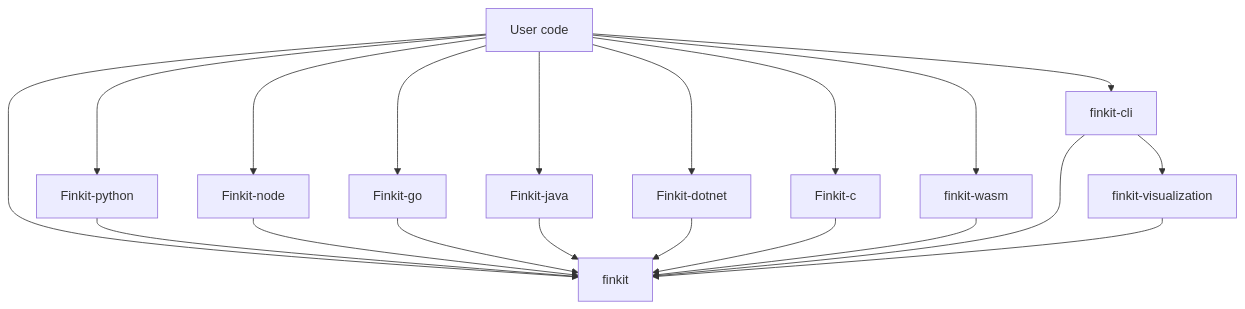
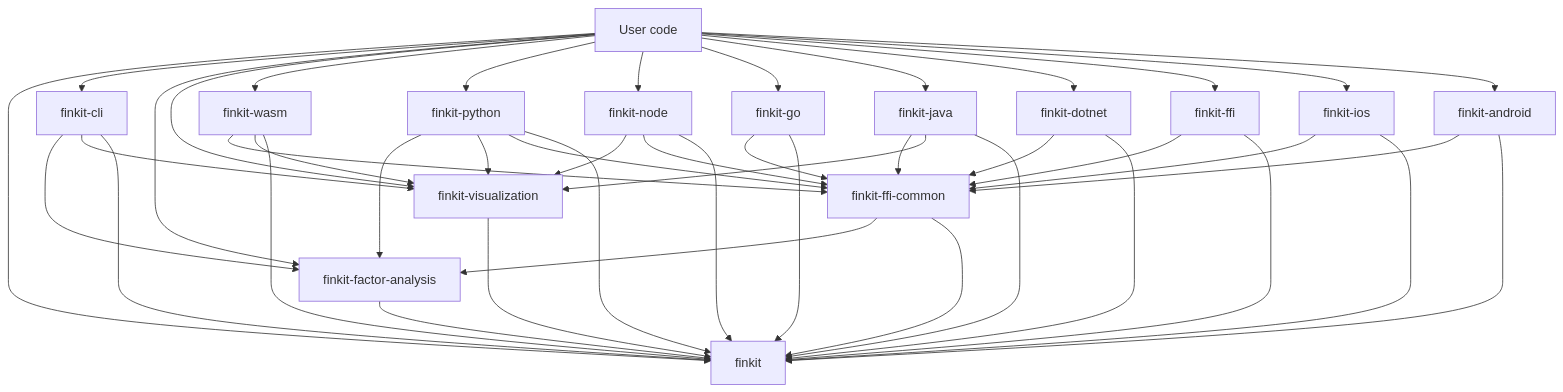
The diagram in docs/architecture/overview.md (coeasy/finkit), drawn with Mermaid before and after one commit. The commit also changed other lines of this file and 47 other files, not shown here.

````diff
--- a/docs/architecture/overview.md
+++ b/docs/architecture/overview.md
@@ -9,23 +9,47 @@
 ```mermaid
 graph TD
   user[User code] --> core[finkit]
   user --> cli[finkit-cli]
+  user --> factor[finkit-factor-analysis]
+  user --> viz[finkit-visualization]
   user --> wasm[finkit-wasm]
-  user --> py[Finkit-python]
-  user --> node[Finkit-node]
-  user --> go[Finkit-go]
-  user --> java[Finkit-java]
-  user --> dotnet[Finkit-dotnet]
-  user --> c[Finkit-c]
+  user --> py[finkit-python]
+  user --> node[finkit-node]
+  user --> go[finkit-go]
+  user --> java[finkit-java]
+  user --> dotnet[finkit-dotnet]
+  user --> c[finkit-ffi]
+  user --> ios[finkit-ios]
+  user --> android[finkit-android]
 
+  factor --> core
+  viz --> core
+  cli --> factor
+  cli --> viz
+  cli --> core
+  wasm --> ffi_common[finkit-ffi-common]
+  wasm --> viz
+  wasm --> core
+  c --> ffi_common
+  c --> core
+  go --> ffi_common
+  go --> core
+  java --> ffi_common
+  java --> viz
+  java --> core
+  dotnet --> ffi_common
+  dotnet --> core
+  ios --> ffi_common
+  ios --> core
+  android --> ffi_common
+  android --> core
+  py --> factor
+  py --> viz
+  py --> ffi_common
   py --> core
+  node --> viz
+  node --> ffi_common
   node --> core
-  go --> core
-  java --> core
-  dotnet --> core
-  c --> core
-  wasm --> core
-  cli --> core
-  cli --> viz[finkit-visualization]
-  viz --> core
+  ffi_common --> factor
+  ffi_common --> core
 ```
````
